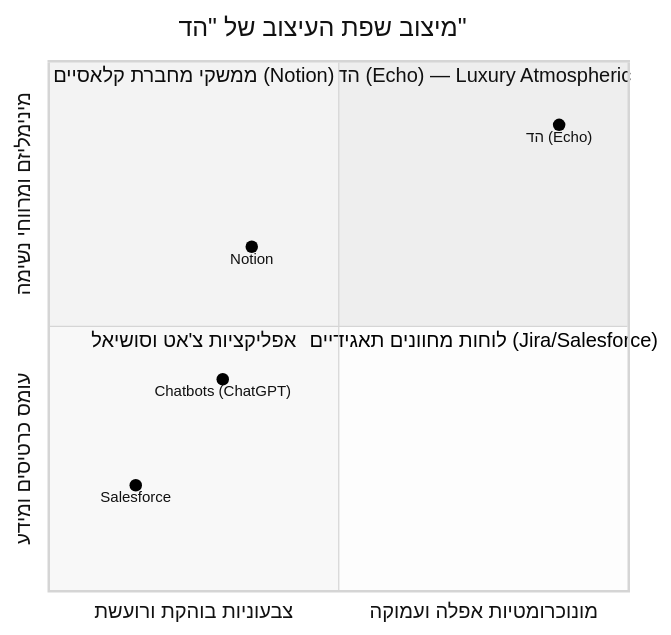
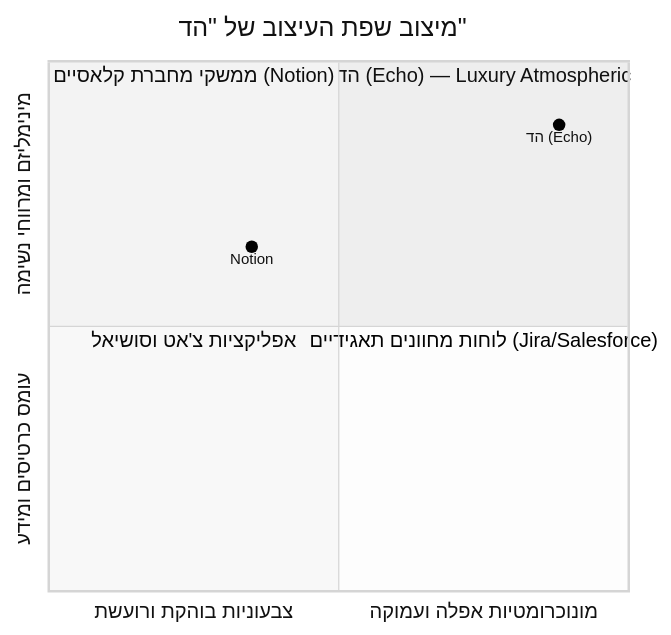
Before and after one commit to guykul-afk/Echo: the diagram in docs/DESIGN.md, drawn with Mermaid (neutral theme). The commit also changed other lines of this file and 20 other files, not shown here.

Commit message:
feat: implement developing mirror architecture, adaptive friction, and 3-axis outcome

````diff
--- a/docs/DESIGN.md
+++ b/docs/DESIGN.md
@@ -11,14 +11,12 @@
 ```mermaid
 quadrantChart
     title מיצוב שפת העיצוב של "הד"
     x-axis "צבעוניות בוהקת ורועשת" --> "מונוכרומטיות אפלה ועמוקה"
     y-axis "עומס כרטיסים ומידע" --> "מינימליזם ומרווחי נשימה"
     quadrant-1 "הד (Echo) — Luxury Atmospheric"
     quadrant-2 "ממשקי מחברת קלאסיים (Notion)"
     quadrant-3 "אפליקציות צ'אט וסושיאל"
     quadrant-4 "לוחות מחוונים תאגידיים (Jira/Salesforce)"
     "הד (Echo)": [0.88, 0.88]
     "Notion": [0.35, 0.65]
-    "Chatbots (ChatGPT)": [0.30, 0.40]
-    "Salesforce": [0.15, 0.20]
 ```
````
